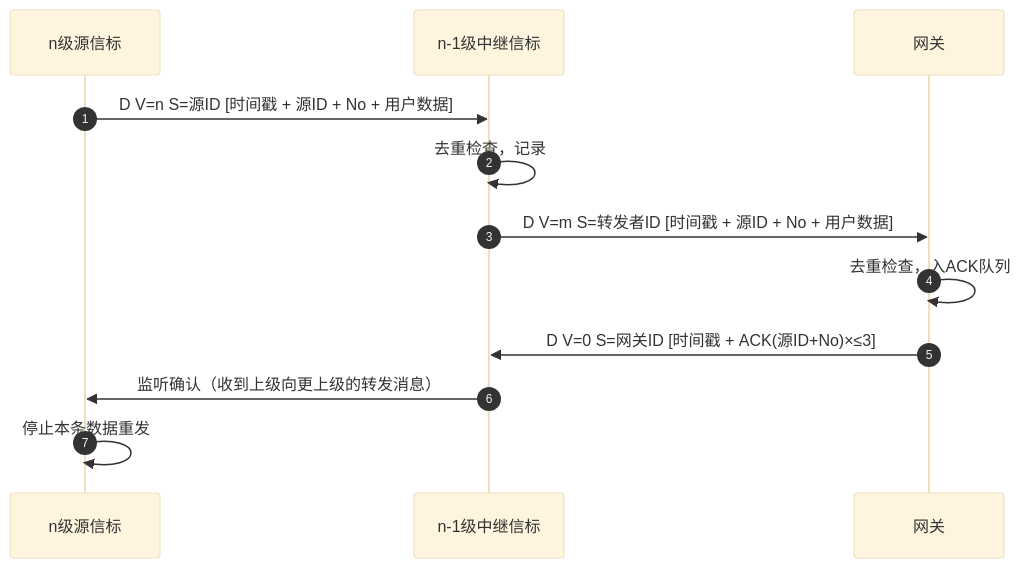
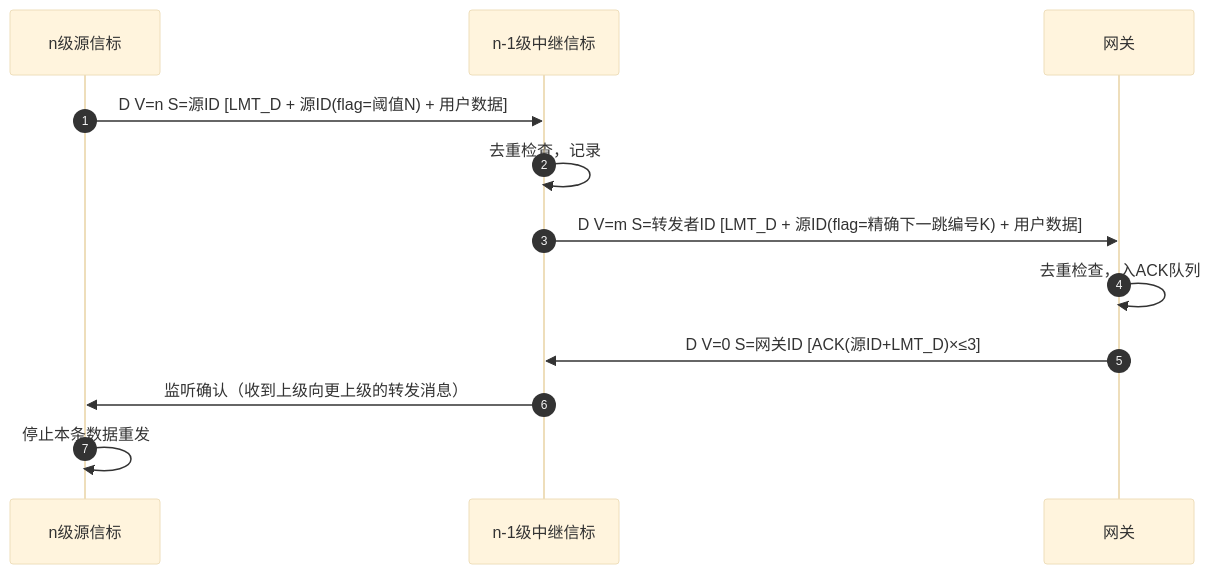
One commit to Fireflyluo/FFL-Libs changed the fifth of 5 diagrams in Lib/Ad-Hoc-lib/docs/软件设计文档.md. Above: the diagram before and after it, drawn with Mermaid (base theme). The commit also changed other lines of this file and 217 other files, not shown here.

````diff
--- a/Lib/Ad-Hoc-lib/docs/软件设计文档.md
+++ b/Lib/Ad-Hoc-lib/docs/软件设计文档.md
@@ -370,15 +379,15 @@
 ```mermaid
 sequenceDiagram
     autonumber
     participant SRC as n级源信标
     participant RELAY as n-1级中继信标
     participant GW as 网关
 
-    SRC->>RELAY: D V=n S=源ID [时间戳 + 源ID + No + 用户数据]
+    SRC->>RELAY: D V=n S=源ID [LMT_D + 源ID(flag=阈值N) + 用户数据]
     RELAY->>RELAY: 去重检查，记录
-    RELAY->>GW: D V=m S=转发者ID [时间戳 + 源ID + No + 用户数据]
+    RELAY->>GW: D V=m S=转发者ID [LMT_D + 源ID(flag=精确下一跳编号K) + 用户数据]
     GW->>GW: 去重检查，入ACK队列
-    GW->>RELAY: D V=0 S=网关ID [时间戳 + ACK(源ID+No)×≤3]
+    GW->>RELAY: D V=0 S=网关ID [ACK(源ID+LMT_D)×≤3]
     RELAY->>SRC: 监听确认（收到上级向更上级的转发消息）
     SRC->>SRC: 停止本条数据重发
 ```
````
